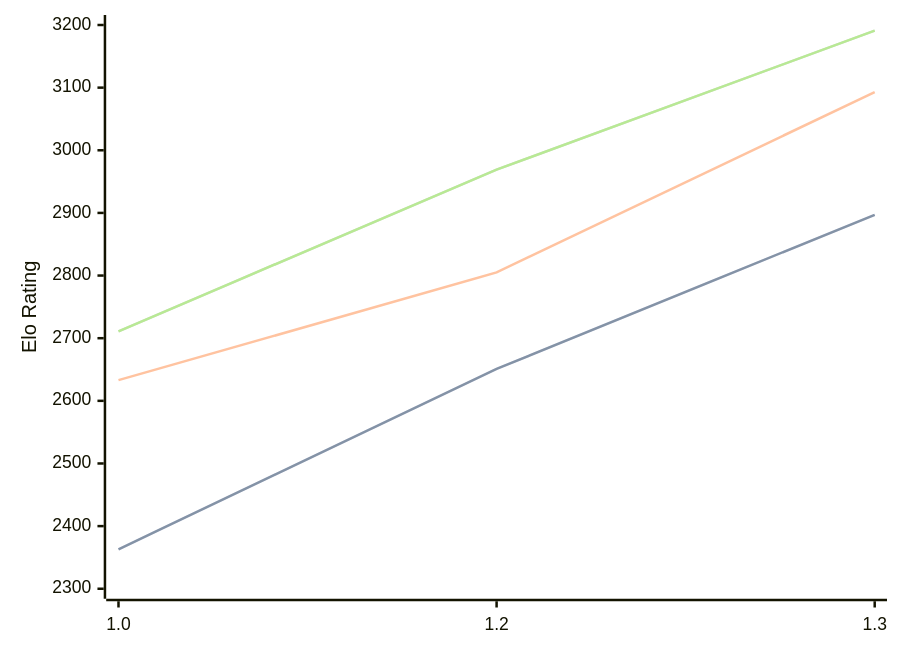
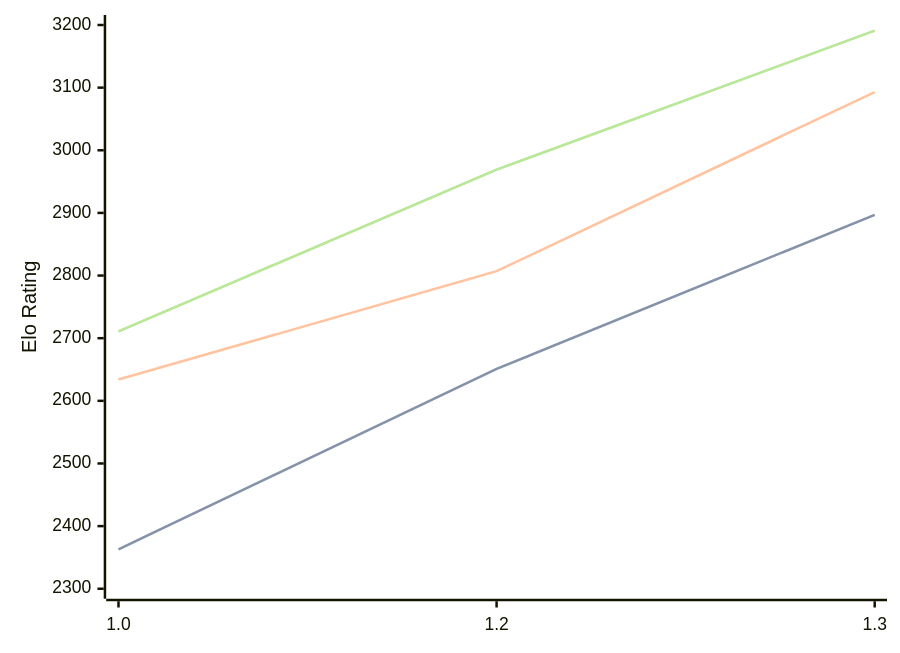
Before and after one commit to computer-chess-index/cci: the diagram in engines/Chessnix.md, drawn with Mermaid. The commit also changed other lines of this file, not shown here.

````diff
--- a/engines/Chessnix.md
+++ b/engines/Chessnix.md
@@ -35,11 +35,11 @@
 ```mermaid
 %%{init: {"theme":"base","themeVariables":{"seriesColors:['#a3a3a3','#222221','#faa371']}}}%%
 xychart-beta
   x-axis ["1.0", "1.2", "1.3"]
   y-axis "Elo Rating" 2300 --> 3200
   line "STC (8.0+0.08s)" [2363, 2651, 2897]
   line "STC (8.0+0.08s)" [2363, 2651, 2897]
-  line "LTC (60.0+0.60s)" [2633, 2805, 3093]
+  line "LTC (60.0+0.60s)" [2634, 2807, 3093]
   line "VLTC (2m24s+1.12s)" [2711, 2969, 3191]
   line "VLTC (2m24s+1.12s)" [2711, 2969, 3191]
 ```
````
